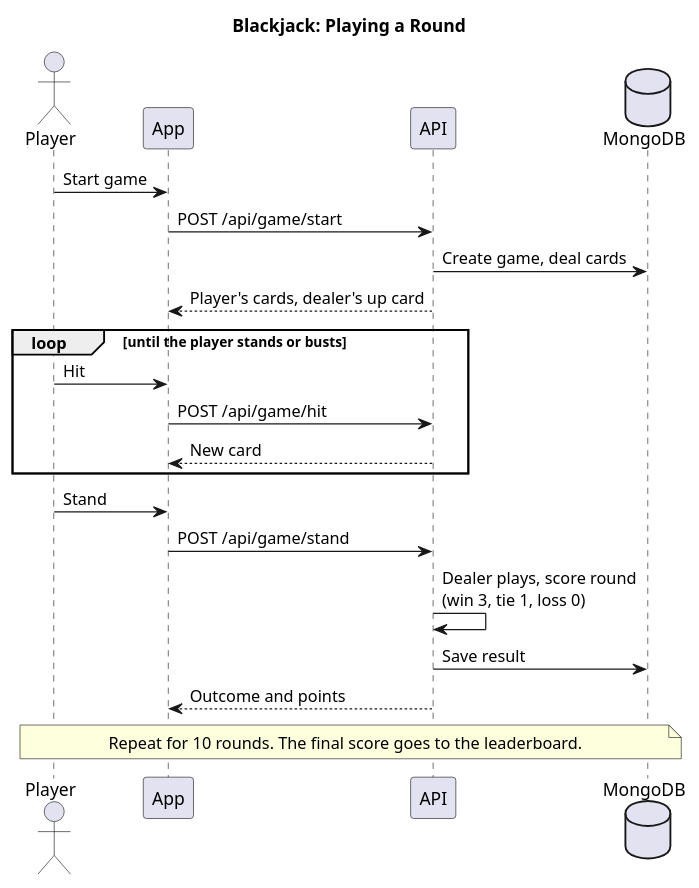
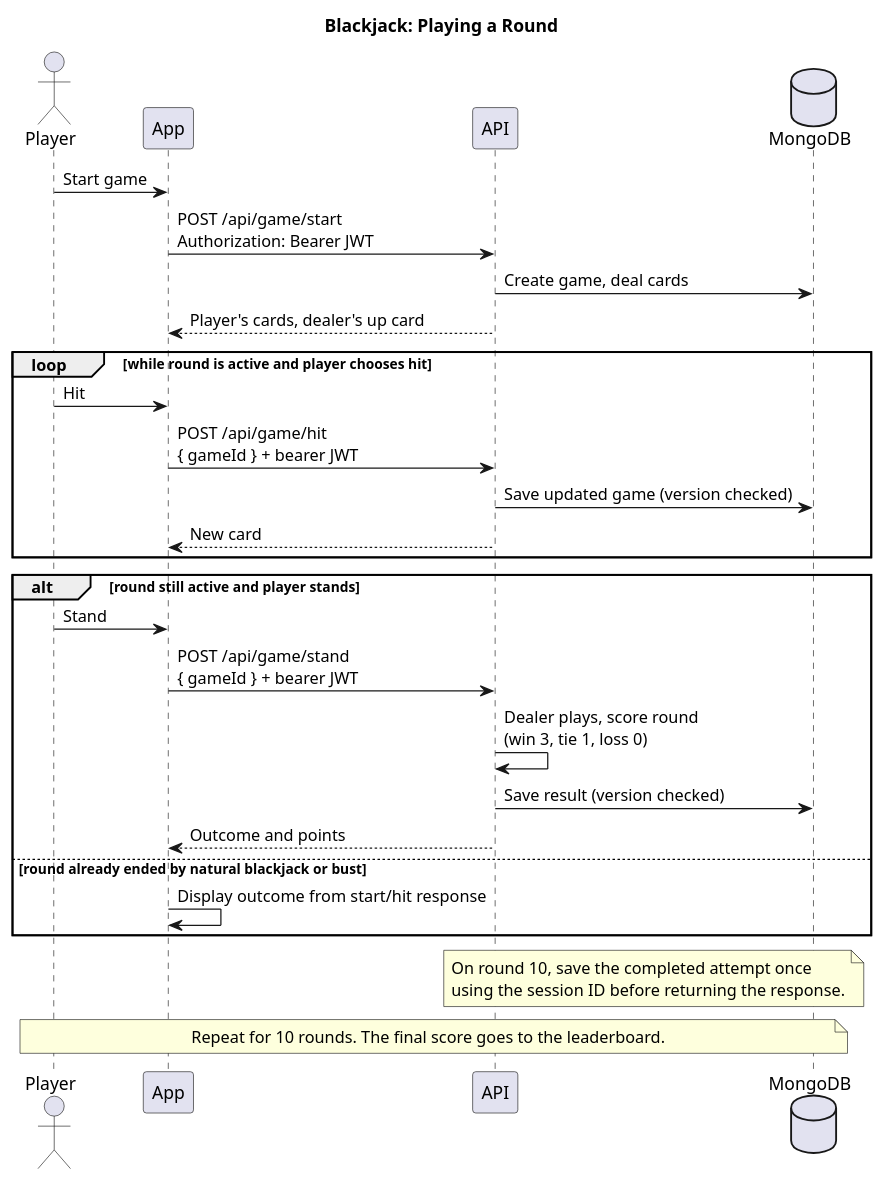
One commit to cunkin375/cop4331-large-project changed the diagram in diagrams/sequence-game.puml. Above: the diagram before and after it, drawn with PlantUML. The commit also changed 22 other files, not shown here.

```diff
--- a/diagrams/sequence-game.puml
+++ b/diagrams/sequence-game.puml
@@ -1,29 +1,36 @@
 @startuml sequence-game
 ' Sequence diagram: playing one round of blackjack.
 ' Render at https://www.plantuml.com/plantuml or with the VS Code PlantUML extension.
 title Blackjack: Playing a Round
 
 actor Player
 participant "App" as App
 participant "API" as API
 database "MongoDB" as DB
 
 Player -> App : Start game
-App -> API : POST /api/game/start
+App -> API : POST /api/game/start\nAuthorization: Bearer JWT
 API -> DB : Create game, deal cards
 API --> App : Player's cards, dealer's up card
 
-loop until the player stands or busts
+loop while round is active and player chooses hit
   Player -> App : Hit
-  App -> API : POST /api/game/hit
+  App -> API : POST /api/game/hit\n{ gameId } + bearer JWT
+  API -> DB : Save updated game (version checked)
   API --> App : New card
 end
 
-Player -> App : Stand
-App -> API : POST /api/game/stand
-API -> API : Dealer plays, score round\n(win 3, tie 1, loss 0)
-API -> DB : Save result
-API --> App : Outcome and points
+alt round still active and player stands
+  Player -> App : Stand
+  App -> API : POST /api/game/stand\n{ gameId } + bearer JWT
+  API -> API : Dealer plays, score round\n(win 3, tie 1, loss 0)
+  API -> DB : Save result (version checked)
+  API --> App : Outcome and points
+else round already ended by natural blackjack or bust
+  App -> App : Display outcome from start/hit response
+end
+
+note over API, DB : On round 10, save the completed attempt once\nusing the session ID before returning the response.
 
 note over Player, DB : Repeat for 10 rounds. The final score goes to the leaderboard.
 @enduml
```
